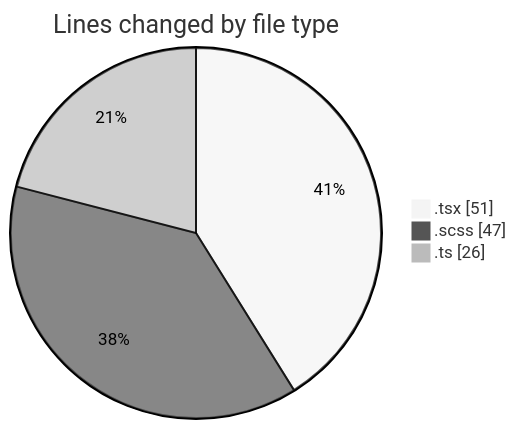
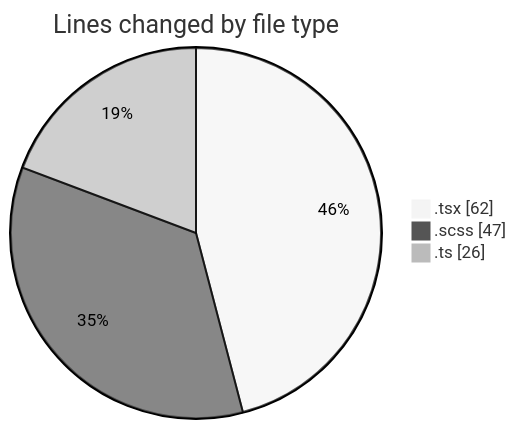
One commit to momahboobian/code-tracking changed the first of 2 diagrams in 2025-04-09/cda/README.md. Above: the diagram before and after it, drawn with Mermaid (neutral theme). The commit also changed other lines of this file and 1 other file, not shown here.

````diff
--- a/2025-04-09/cda/README.md
+++ b/2025-04-09/cda/README.md
@@ -23,7 +23,7 @@
 ```mermaid
 pie showData
 title Lines changed by file type
-".tsx" : 51
+".tsx" : 62
 ".scss" : 47
 ".ts" : 26
 ```
````
